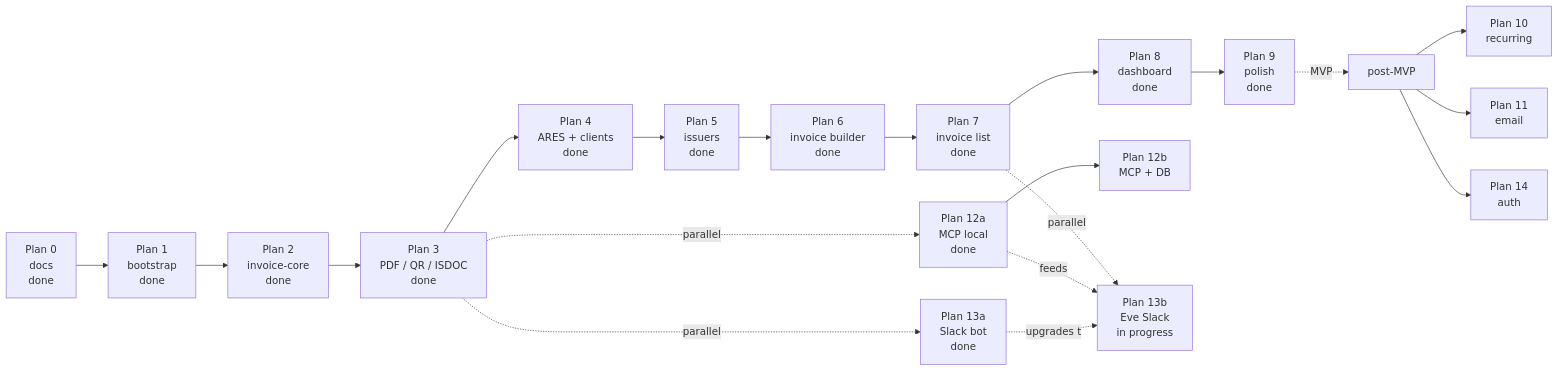
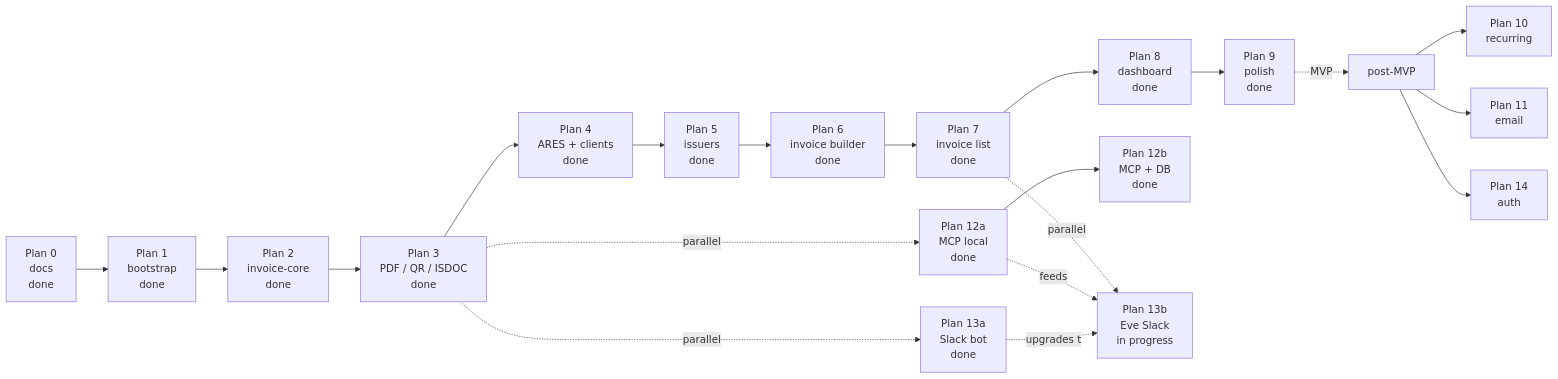
One commit to filipditrich/inveoiceyai changed the diagram in docs/roadmap.md. Above: the diagram before and after it, drawn with Mermaid. The commit also changed other lines of this file and 24 other files, not shown here.

````diff
--- a/docs/roadmap.md
+++ b/docs/roadmap.md
@@ -7,22 +7,22 @@
 ```mermaid
 flowchart LR
     P0["Plan 0<br/>docs<br/>done"] --> P1["Plan 1<br/>bootstrap<br/>done"]
     P1 --> P2["Plan 2<br/>invoice-core<br/>done"]
     P2 --> P3["Plan 3<br/>PDF / QR / ISDOC<br/>done"]
     P3 --> P4["Plan 4<br/>ARES + clients<br/>done"]
     P4 --> P5["Plan 5<br/>issuers<br/>done"]
     P5 --> P6["Plan 6<br/>invoice builder<br/>done"]
     P6 --> P7["Plan 7<br/>invoice list<br/>done"]
     P7 --> P8["Plan 8<br/>dashboard<br/>done"]
     P8 --> P9["Plan 9<br/>polish<br/>done"]
     P3 -.parallel.-> P13a["Plan 13a<br/>Slack bot<br/>done"]
     P3 -.parallel.-> P12a["Plan 12a<br/>MCP local<br/>done"]
     P9 -.MVP.-> Post["post-MVP"]
     Post --> P10["Plan 10<br/>recurring"]
     Post --> P11["Plan 11<br/>email"]
-    P12a --> P12b["Plan 12b<br/>MCP + DB"]
+    P12a --> P12b["Plan 12b<br/>MCP + DB<br/>done"]
     P7 -.parallel.-> P13b["Plan 13b<br/>Eve Slack<br/>in progress"]
     Post --> P14["Plan 14<br/>auth"]
     P12a -.feeds.-> P13b
     P13a -.upgrades to.-> P13b
 ```
````
